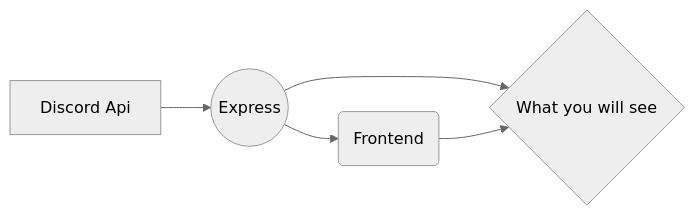
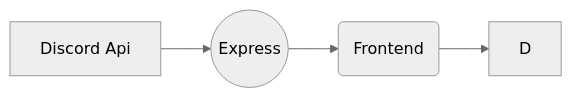
Before and after one commit to rupandhungana/discordauth-react-express: the diagram in README.md, drawn with Mermaid (neutral theme).

````diff
--- a/README.md
+++ b/README.md
@@ -5,7 +5,6 @@
 ```mermaid
 graph LR
 A[Discord Api]  --> B((Express))
 B --> C(Frontend)
-B --> D{What you will see}
 C --> D
 ```
````
